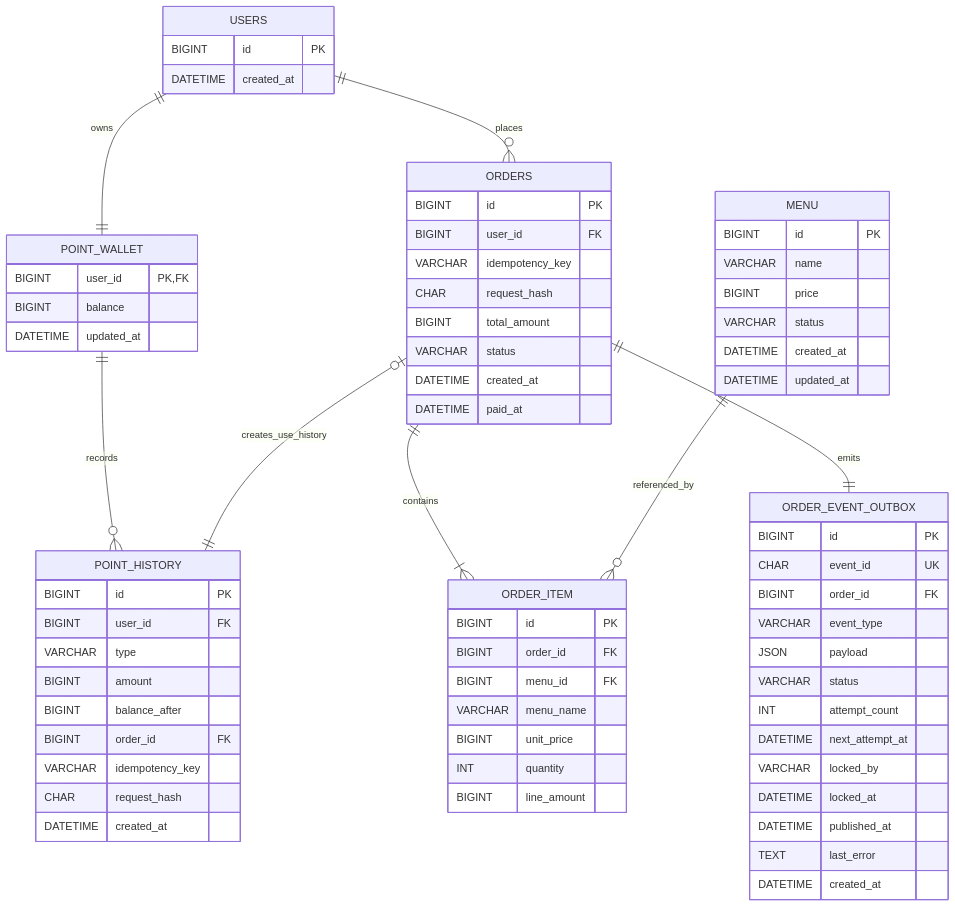
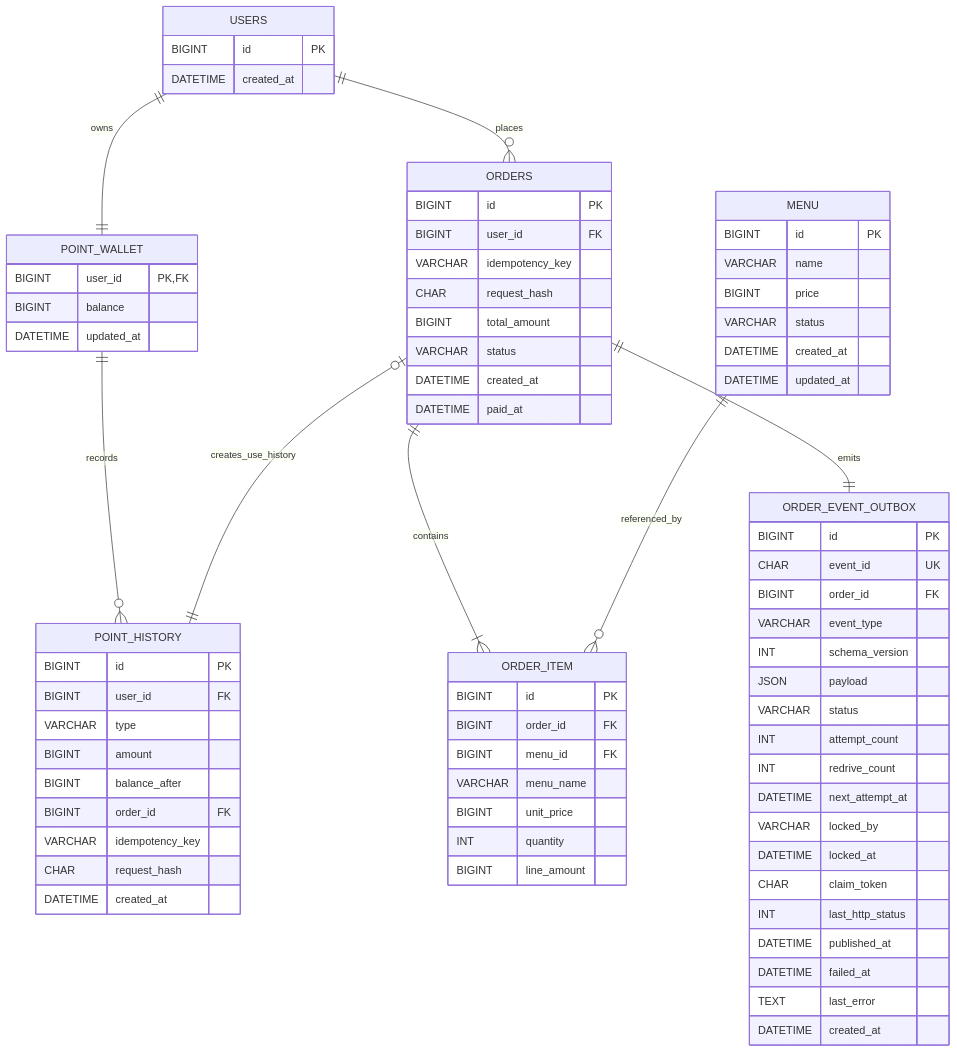
Before and after one commit to usersy628/coffee-order-system: the second of 3 diagrams in README.md, drawn with Mermaid. The commit also changed other lines of this file, not shown here.

```diff
--- a/README.md
+++ b/README.md
@@ -413,13 +414,18 @@
         CHAR event_id UK
         BIGINT order_id FK
         VARCHAR event_type
+        INT schema_version
         JSON payload
         VARCHAR status
         INT attempt_count
+        INT redrive_count
         DATETIME next_attempt_at
         VARCHAR locked_by
         DATETIME locked_at
+        CHAR claim_token
+        INT last_http_status
         DATETIME published_at
+        DATETIME failed_at
         TEXT last_error
         DATETIME created_at
     }
```
